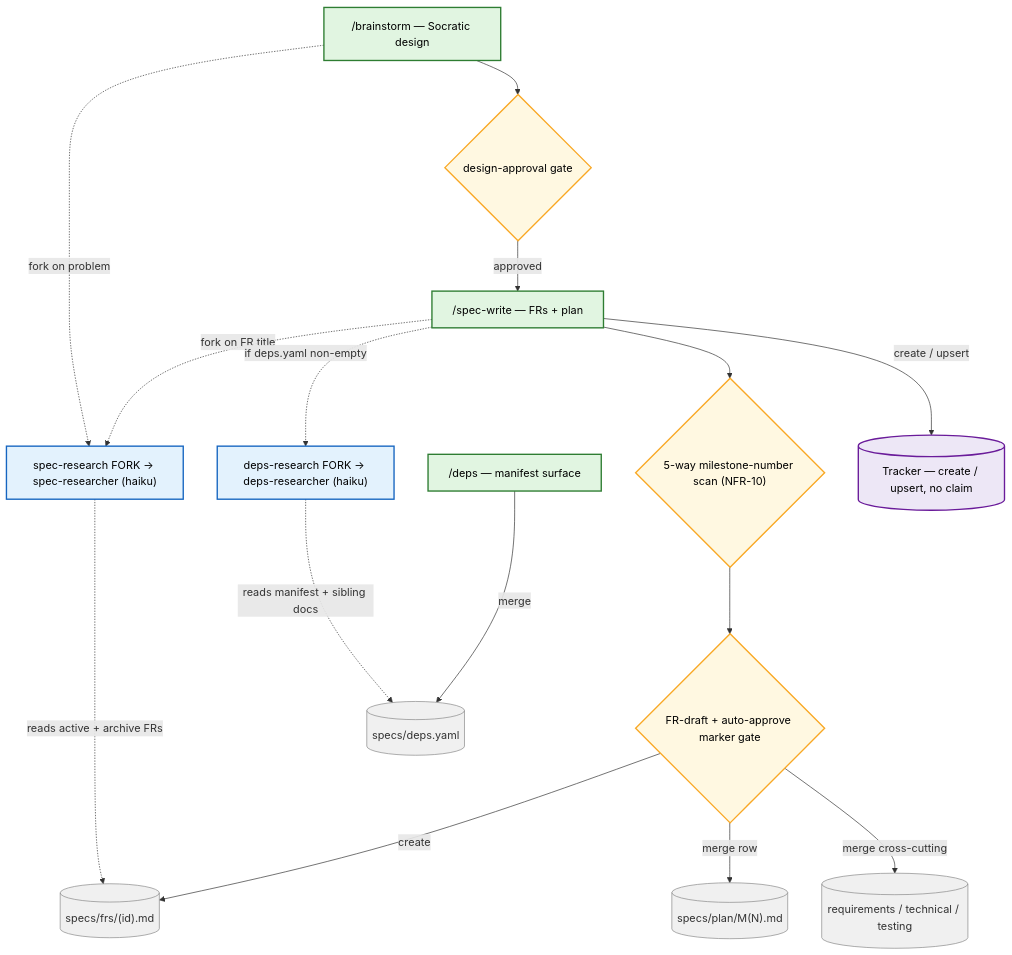
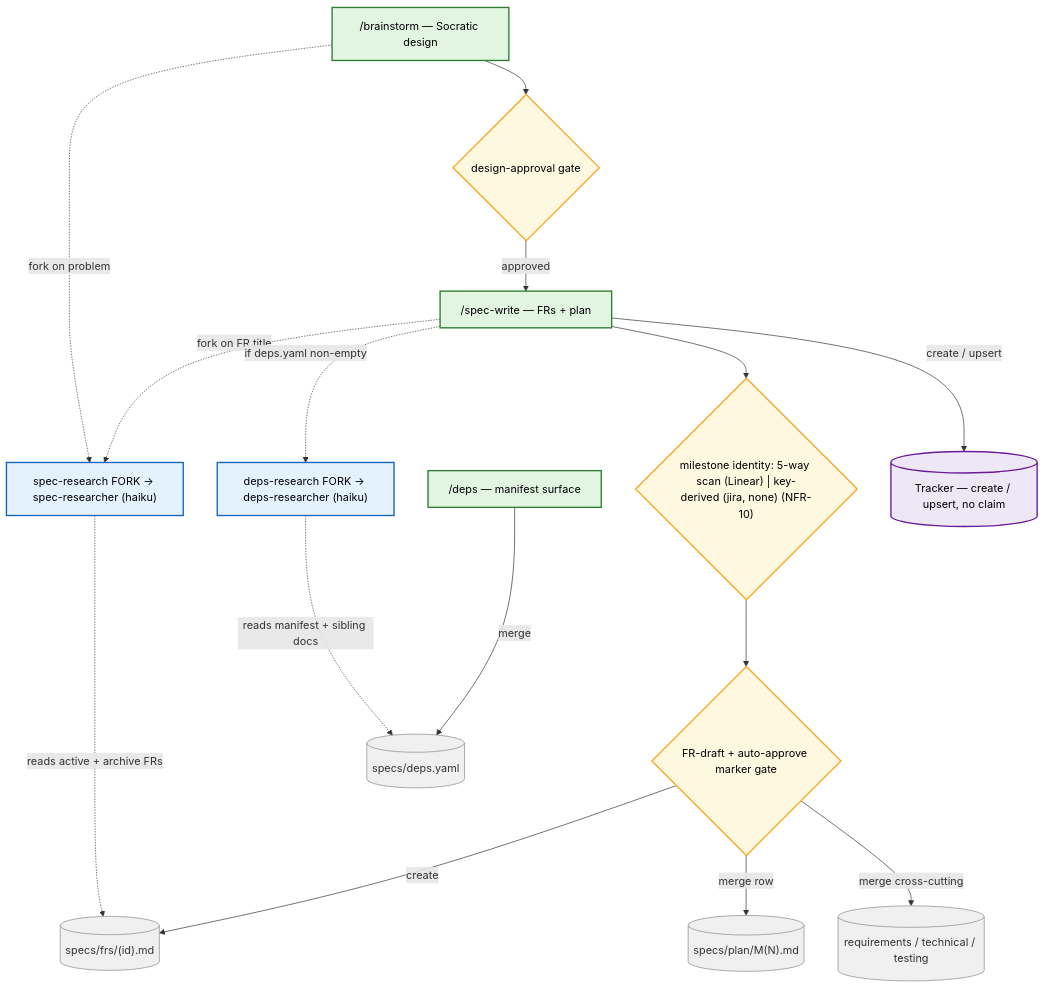
The second of 5 diagrams in plugins/dev-process-toolkit/docs/workflow-overview.md (nesquikm/dev-process-toolkit), drawn with Mermaid before and after one commit. The commit also changed other lines of this file and 3 other files, not shown here.

````diff
--- a/plugins/dev-process-toolkit/docs/workflow-overview.md
+++ b/plugins/dev-process-toolkit/docs/workflow-overview.md
@@ -35,36 +35,36 @@
 ```mermaid
 flowchart TD
     classDef skill fill:#e1f5e1,stroke:#2e7d32,stroke-width:2px,color:#000
     classDef fork fill:#e3f2fd,stroke:#1565c0,stroke-width:2px,color:#000
     classDef gate fill:#fff8e1,stroke:#f9a825,stroke-width:2px,color:#000
     classDef artifact fill:#f0f0f0,stroke:#888,stroke-width:1px,color:#333
     classDef tracker fill:#ede7f6,stroke:#6a1b9a,stroke-width:2px,color:#000
 
     brainstorm["/brainstorm — Socratic design"]:::skill
     gDesign{"design-approval gate"}:::gate
     specwrite["/spec-write — FRs + plan"]:::skill
     deps["/deps — manifest surface"]:::skill
     fSpecR["spec-research FORK → spec-researcher (haiku)"]:::fork
     fDepsR["deps-research FORK → deps-researcher (haiku)"]:::fork
-    gMs{"5-way milestone-number scan (NFR-10)"}:::gate
+    gMs{"milestone identity: 5-way scan (Linear) | key-derived (jira, none) (NFR-10)"}:::gate
     gMarker{"FR-draft + auto-approve marker gate"}:::gate
 
     aFrs[("specs/frs/(id).md")]:::artifact
     aPlan[("specs/plan/M(N).md")]:::artifact
     aDeps[("specs/deps.yaml")]:::artifact
     aCross[("requirements / technical / testing")]:::artifact
     trk[("Tracker — create / upsert, no claim")]:::tracker
 
     brainstorm --> gDesign -->|"approved"| specwrite
     brainstorm -.->|"fork on problem"| fSpecR
     specwrite -.->|"fork on FR title"| fSpecR
     specwrite -.->|"if deps.yaml non-empty"| fDepsR
     fSpecR -.->|"reads active + archive FRs"| aFrs
     fDepsR -.->|"reads manifest + sibling docs"| aDeps
     specwrite --> gMs --> gMarker
     gMarker -->|"create"| aFrs
     gMarker -->|"merge row"| aPlan
     gMarker -->|"merge cross-cutting"| aCross
     specwrite -->|"create / upsert"| trk
     deps -->|"merge"| aDeps
 ```
````
